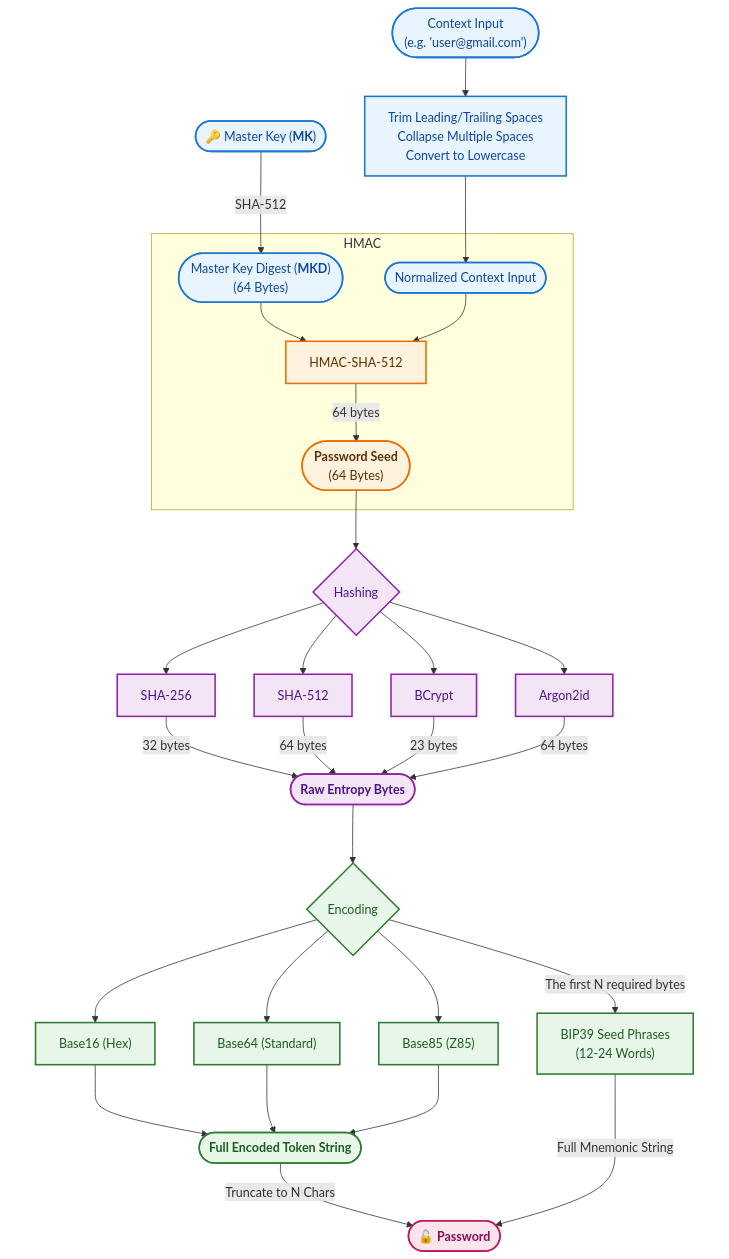
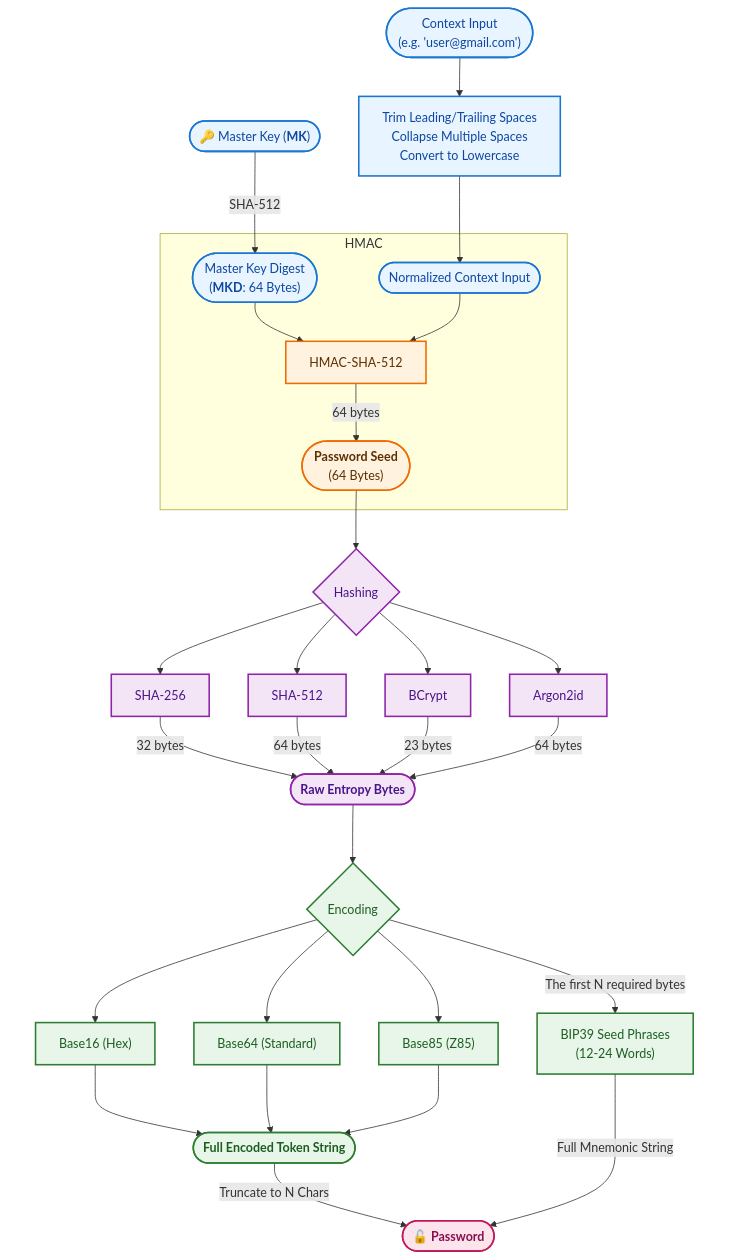
One commit to nasiri97/PassGen changed the diagram in README.md. Above: the diagram before and after it, drawn with Mermaid.

Commit message:
Edit readme file

````diff
--- a/README.md
+++ b/README.md
@@ -38,76 +38,76 @@
 ```mermaid
 flowchart TD
 %% ─────────────────────────────────────────────
 %% Key Derivation / Authentication
 %% ─────────────────────────────────────────────
 
-    MK(["🔑 Master Key (<b>MK</b>)"]) -->|SHA-512| MKD(["Master Key Digest (<b>MKD</b>)<br/>(64 Bytes)"])
+    MK(["🔑 Master Key (<b>MK</b>)"]) -->|SHA-512| MKD(["Master Key Digest</br>(<b>MKD</b>: 64 Bytes)"])
 
     CIN(["Context Input</br>(e.g. 'user@gmail.com')"]) --> NORMALIZE["Trim Leading/Trailing Spaces</br>Collapse Multiple Spaces</br>Convert to Lowercase"]
     NORMALIZE --> NCIN(["Normalized Context Input"])
 
     subgraph HMAC_STAGE["HMAC"]
         MKD --> HMAC["HMAC-SHA-512"]
         NCIN --> HMAC
         HMAC -->|64 bytes| HASH(["<b>Password Seed</b></br>(64 Bytes)"])
     end
 
 
 %% ─────────────────────────────────────────────
 %% Password Hashing / KDF
 %% ─────────────────────────────────────────────
 
     HASH --> ALG{"Hashing"}
 
     ALG --> SHA256["SHA-256"]
     ALG --> SHA512["SHA-512"]
     ALG --> BCRYPT["BCrypt"]
     ALG --> ARGON["Argon2id"]
 
     SHA256 -->|32 bytes| RAW(["<b>Raw Entropy Bytes</b>"])
     SHA512 -->|64 bytes| RAW
     BCRYPT -->|23 bytes| RAW
     ARGON -->|64 bytes| RAW
 
 %% ─────────────────────────────────────────────
 %% Encoding
 %% ─────────────────────────────────────────────
 
     RAW --> ENC{"Encoding"}
 
     subgraph InvisibleGroup
         ENC --> HEX["Base16 (Hex)"]
         ENC --> BASE64["Base64 (Standard)"]
         ENC --> Z85["Base85 (Z85)"]
         ENC -->|The first N required bytes| BIP39["BIP39 Seed Phrases</br>(12-24 Words)"]
     end
 
     HEX --> STR(["<b>Full Encoded Token String</b>"])
     BASE64 --> STR
     Z85 --> STR
 
 %% ─────────────────────────────────────────────
 %% Final Output
 %% ─────────────────────────────────────────────
 
     STR -->|Truncate to N Chars| FINAL(["🔓 <b>Password</b>"])
     BIP39 --> |Full Mnemonic String| FINAL
 
 %% ─────────────────────────────────────────────
 %% Styling
 %% ─────────────────────────────────────────────
 
     classDef input fill:#e8f4ff,stroke:#1976d2,stroke-width:2px,color:#0d47a1
     classDef crypto fill:#fff3e0,stroke:#ef6c00,stroke-width:2px,color:#5d2f00
     classDef algorithm fill:#f3e5f5,stroke:#8e24aa,stroke-width:2px,color:#4a148c
     classDef encoding fill:#e8f5e9,stroke:#2e7d32,stroke-width:2px,color:#1b5e20
     classDef output fill:#fce4ec,stroke:#c2185b,stroke-width:2px,color:#880e4f
 
     class MK,MKD,NCIN,NORMALIZE,CIN input
     class HMAC,HASH crypto
     class ALG,SHA256,SHA512,BCRYPT,ARGON,RAW algorithm
     class ENC,HEX,BASE64,Z85,STR,BIP39 encoding
     class FINAL output
 
     style InvisibleGroup fill:transparent,stroke:transparent,color:transparent
 ```
````
